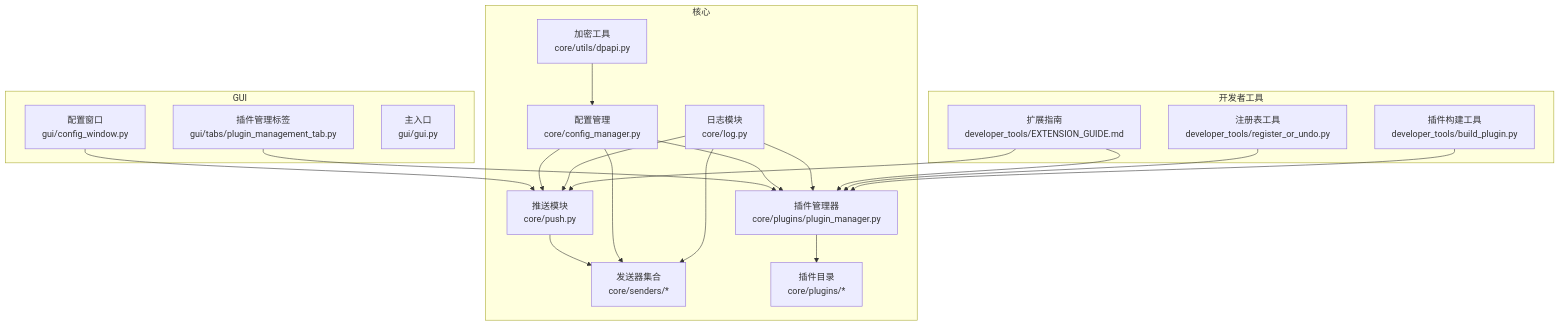
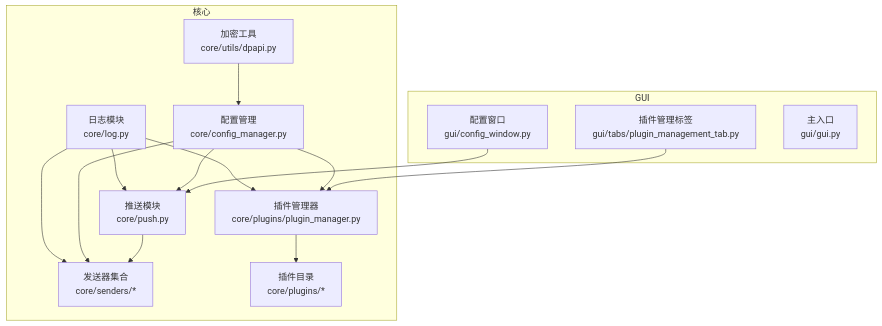
The first of 6 diagrams in .wiki/zh/content/开发者工具/扩展开发指南/扩展开发指南.md (pjnt9372/Capture_Push), drawn with Mermaid before and after one commit. The commit also changed other lines of this file and 37 other files, not shown here.

````diff
--- a/.wiki/zh/content/开发者工具/扩展开发指南/扩展开发指南.md
+++ b/.wiki/zh/content/开发者工具/扩展开发指南/扩展开发指南.md
@@ -67,37 +55,28 @@
 ```mermaid
 graph TB
 subgraph "核心"
 PUSH["推送模块<br/>core/push.py"]
 SENDERS["发送器集合<br/>core/senders/*"]
 PLUGINS["插件管理器<br/>core/plugins/plugin_manager.py"]
 PLUGIN_DIR["插件目录<br/>core/plugins/*"]
 CONFIG["配置管理<br/>core/config_manager.py"]
 LOG["日志模块<br/>core/log.py"]
 DPAPI["加密工具<br/>core/utils/dpapi.py"]
 end
 subgraph "GUI"
 CFGWIN["配置窗口<br/>gui/config_window.py"]
 PLUGIN_TAB["插件管理标签<br/>gui/tabs/plugin_management_tab.py"]
 MAIN["主入口<br/>gui/gui.py"]
 end
-subgraph "开发者工具"
-EXTGUIDE["扩展指南<br/>developer_tools/EXTENSION_GUIDE.md"]
-BUILDTOOL["插件构建工具<br/>developer_tools/build_plugin.py"]
-REGTOOL["注册表工具<br/>developer_tools/register_or_undo.py"]
-end
 CFGWIN --> PUSH
 PLUGIN_TAB --> PLUGINS
 PUSH --> SENDERS
 PLUGINS --> PLUGIN_DIR
 CONFIG --> PUSH
 CONFIG --> SENDERS
 CONFIG --> PLUGINS
 LOG --> PUSH
 LOG --> SENDERS
 LOG --> PLUGINS
 DPAPI --> CONFIG
-EXTGUIDE --> PUSH
-EXTGUIDE --> PLUGINS
-REGTOOL --> PLUGINS
-BUILDTOOL --> PLUGINS
 ```
````
